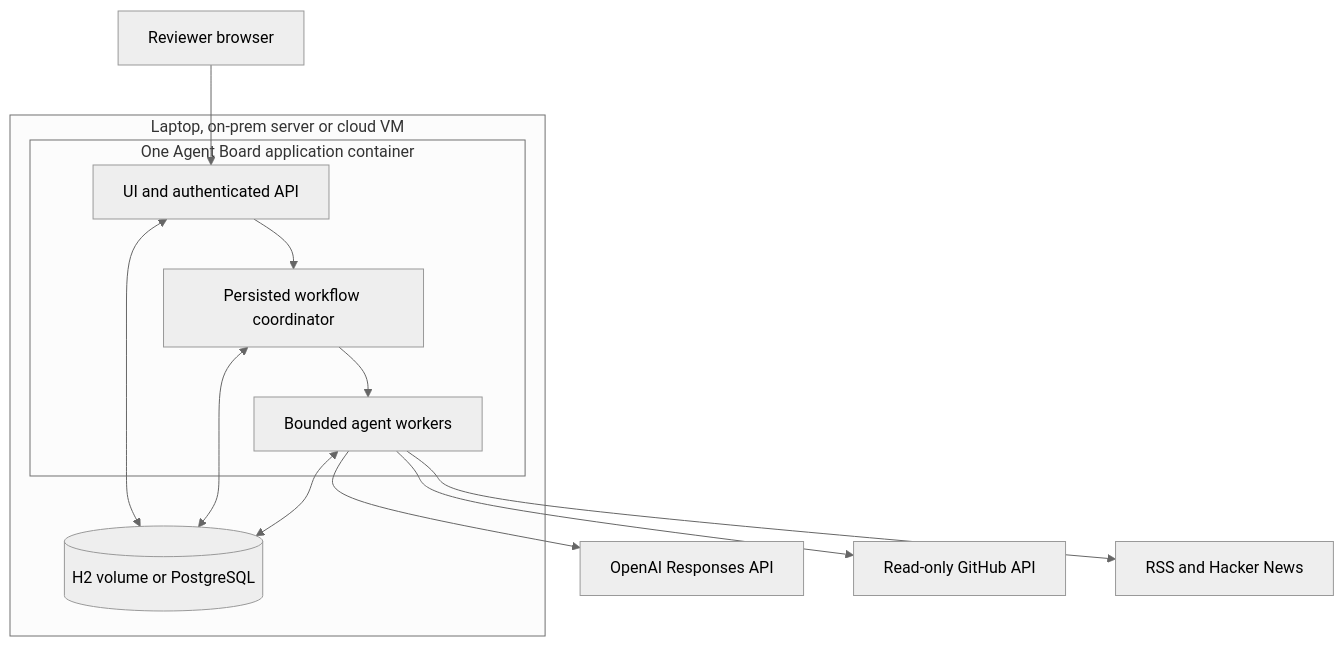
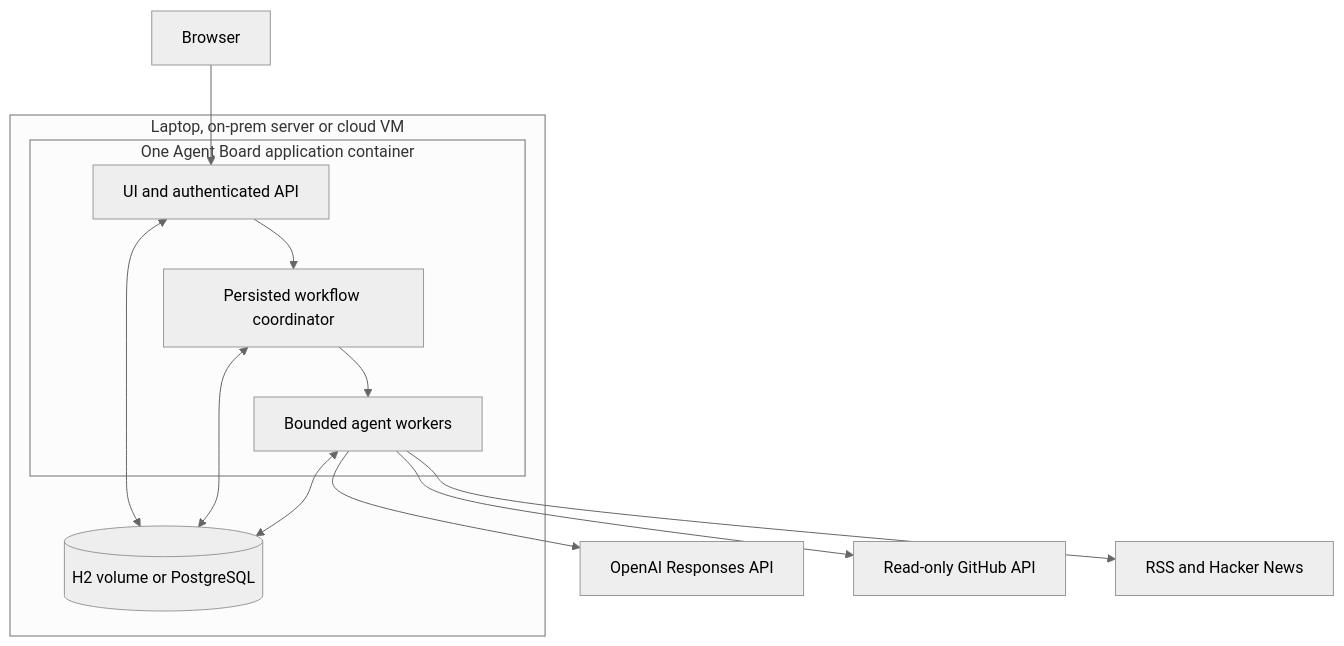
The diagram in docs/scale.md (relentless-pursuit/agentic-message-board), drawn with Mermaid (neutral theme) before and after one commit. The commit also changed other lines of this file and 105 other files, not shown here.

````diff
--- a/docs/scale.md
+++ b/docs/scale.md
@@ -7,17 +7,17 @@
 ```mermaid
 flowchart TB
-  Reviewer[Reviewer browser] --> API
+  Browser[Browser] --> API
   subgraph Host[Laptop, on-prem server or cloud VM]
     subgraph App[One Agent Board application container]
       API[UI and authenticated API] --> DAG[Persisted workflow coordinator]
       DAG --> Workers[Bounded agent workers]
     end
     DB[(H2 volume or PostgreSQL)]
     API <--> DB
     DAG <--> DB
     Workers <--> DB
   end
   Workers --> OpenAI[OpenAI Responses API]
   Workers --> GitHub[Read-only GitHub API]
   Workers --> News[RSS and Hacker News]
 ```
````
